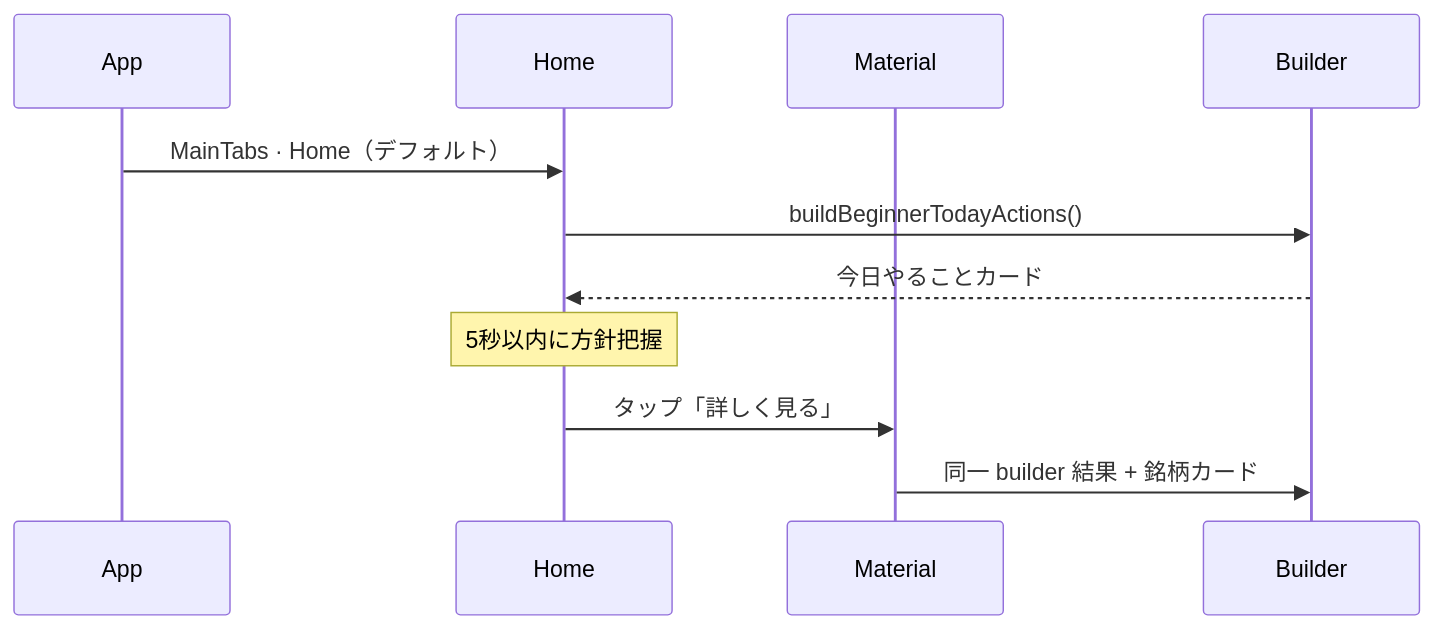
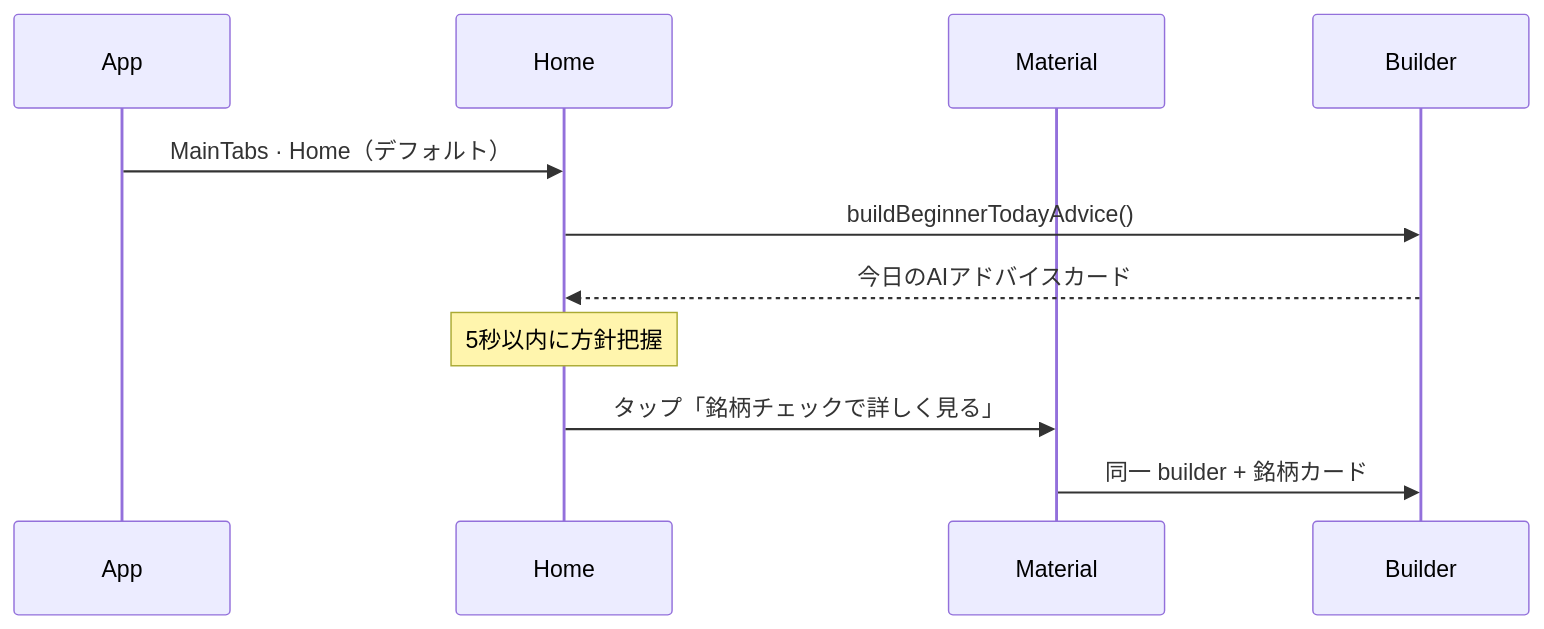
Before and after one commit to k416my-blip/stock-trading-assistant: the diagram in docs/review/BEGINNER_MODE_HOME_SCREEN_REPORT.md, drawn with Mermaid. The commit also changed other lines of this file and 1 other file, not shown here.

Commit message:
docs(ux): UX0.3 beginner simplification home screen audit

````diff
--- a/docs/review/BEGINNER_MODE_HOME_SCREEN_REPORT.md
+++ b/docs/review/BEGINNER_MODE_HOME_SCREEN_REPORT.md
@@ -147,14 +204,14 @@
 ```mermaid
 sequenceDiagram
   participant App
   participant Home
   participant Material
   participant Builder
 
   App->>Home: MainTabs · Home（デフォルト）
-  Home->>Builder: buildBeginnerTodayActions()
-  Builder-->>Home: 今日やることカード
+  Home->>Builder: buildBeginnerTodayAdvice()
+  Builder-->>Home: 今日のAIアドバイスカード
   Note over Home: 5秒以内に方針把握
-  Home->>Material: タップ「詳しく見る」
-  Material->>Builder: 同一 builder 結果 + 銘柄カード
+  Home->>Material: タップ「銘柄チェックで詳しく見る」
+  Material->>Builder: 同一 builder + 銘柄カード
 ```
````
